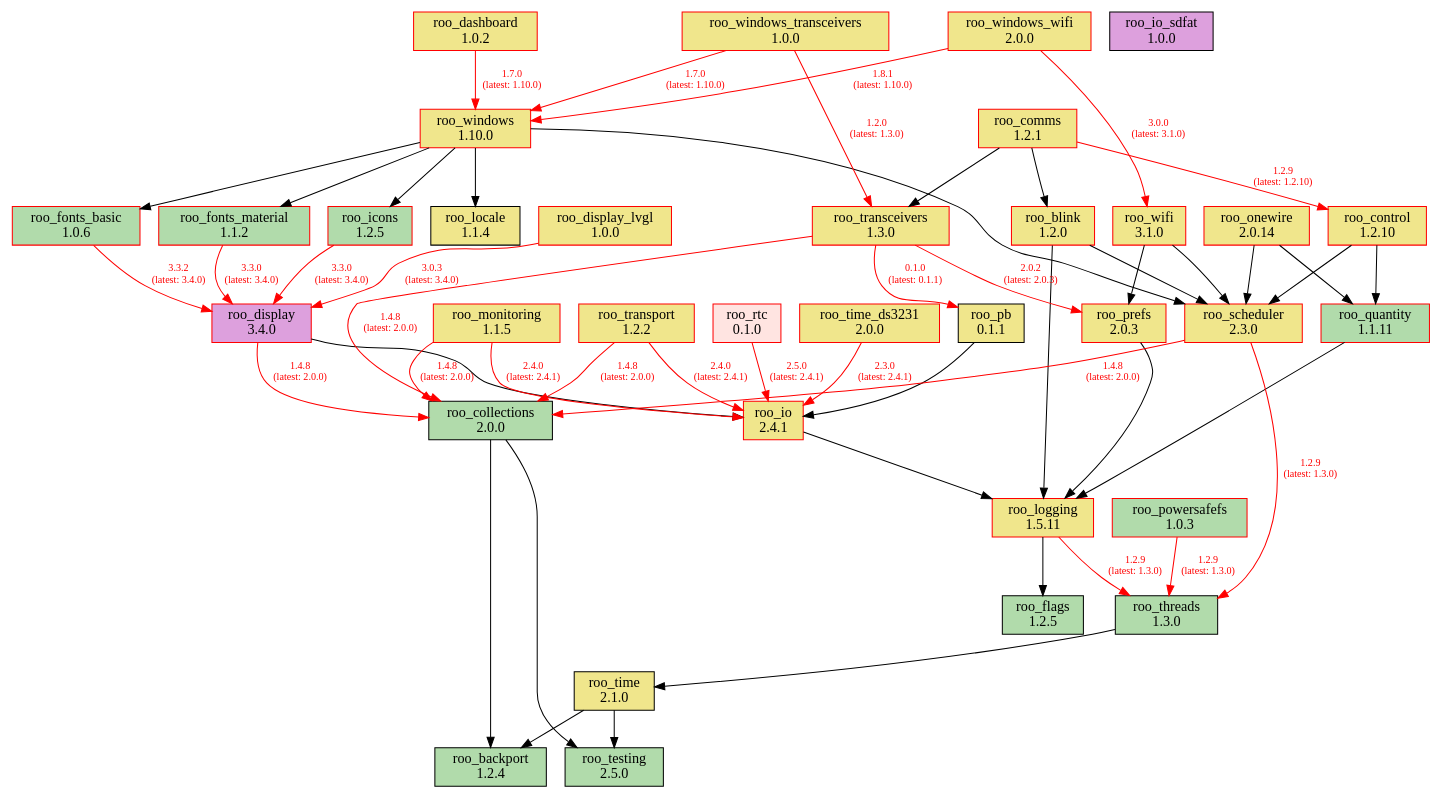
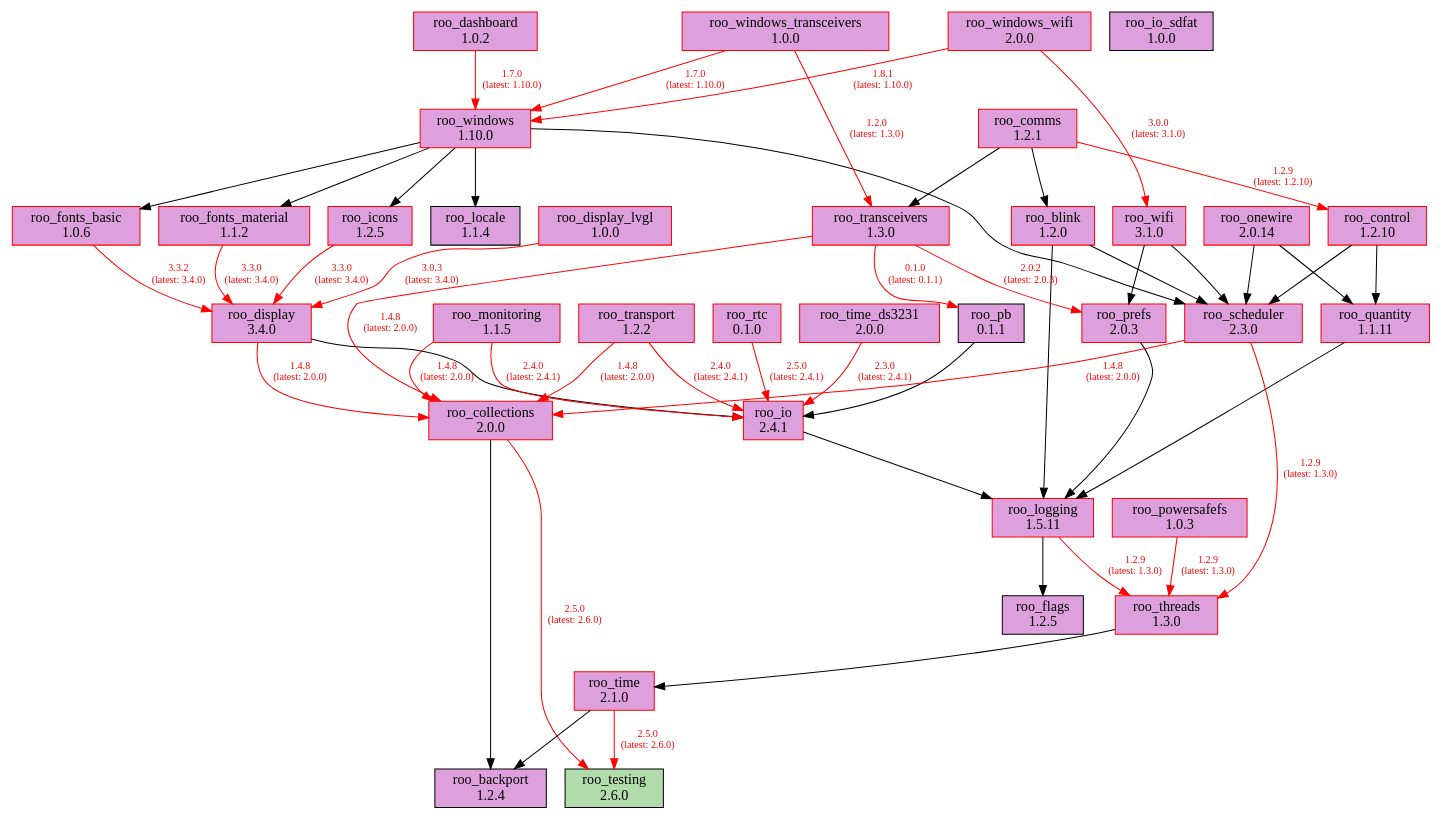
One commit to dejwk/roo-registry changed the diagram in doc/dependencies.dot. Above: the diagram before and after it, drawn with Graphviz. The commit also changed 3 other files, not shown here.

Commit message:
Added roo_testing 2.6.0 to the registry.

```diff
--- a/doc/dependencies.dot
+++ b/doc/dependencies.dot
@@ -1,93 +1,93 @@
 digraph dependencies {
     rankdir=TB;
     node [shape=box, style=filled];
     edge [fontsize=10];
 
     // Modules
-    "roo_backport" [label="roo_backport\n1.2.4", fillcolor="#b1dbab", color="black"];
-    "roo_blink" [label="roo_blink\n1.2.0", fillcolor="khaki", color="red"];
-    "roo_collections" [label="roo_collections\n2.0.0", fillcolor="#b1dbab", color="black"];
-    "roo_comms" [label="roo_comms\n1.2.1", fillcolor="khaki", color="red"];
-    "roo_control" [label="roo_control\n1.2.10", fillcolor="khaki", color="red"];
-    "roo_dashboard" [label="roo_dashboard\n1.0.2", fillcolor="khaki", color="red"];
+    "roo_backport" [label="roo_backport\n1.2.4", fillcolor="plum", color="black"];
+    "roo_blink" [label="roo_blink\n1.2.0", fillcolor="plum", color="red"];
+    "roo_collections" [label="roo_collections\n2.0.0", fillcolor="plum", color="red"];
+    "roo_comms" [label="roo_comms\n1.2.1", fillcolor="plum", color="red"];
+    "roo_control" [label="roo_control\n1.2.10", fillcolor="plum", color="red"];
+    "roo_dashboard" [label="roo_dashboard\n1.0.2", fillcolor="plum", color="red"];
     "roo_display" [label="roo_display\n3.4.0", fillcolor="plum", color="red"];
-    "roo_display_lvgl" [label="roo_display_lvgl\n1.0.0", fillcolor="khaki", color="red"];
-    "roo_flags" [label="roo_flags\n1.2.5", fillcolor="#b1dbab", color="black"];
-    "roo_fonts_basic" [label="roo_fonts_basic\n1.0.6", fillcolor="#b1dbab", color="red"];
-    "roo_fonts_material" [label="roo_fonts_material\n1.1.2", fillcolor="#b1dbab", color="red"];
-    "roo_icons" [label="roo_icons\n1.2.5", fillcolor="#b1dbab", color="red"];
-    "roo_io" [label="roo_io\n2.4.1", fillcolor="khaki", color="red"];
+    "roo_display_lvgl" [label="roo_display_lvgl\n1.0.0", fillcolor="plum", color="red"];
+    "roo_flags" [label="roo_flags\n1.2.5", fillcolor="plum", color="black"];
+    "roo_fonts_basic" [label="roo_fonts_basic\n1.0.6", fillcolor="plum", color="red"];
+    "roo_fonts_material" [label="roo_fonts_material\n1.1.2", fillcolor="plum", color="red"];
+    "roo_icons" [label="roo_icons\n1.2.5", fillcolor="plum", color="red"];
+    "roo_io" [label="roo_io\n2.4.1", fillcolor="plum", color="red"];
     "roo_io_sdfat" [label="roo_io_sdfat\n1.0.0", fillcolor="plum", color="black"];
-    "roo_locale" [label="roo_locale\n1.1.4", fillcolor="khaki", color="black"];
-    "roo_logging" [label="roo_logging\n1.5.11", fillcolor="khaki", color="red"];
-    "roo_monitoring" [label="roo_monitoring\n1.1.5", fillcolor="khaki", color="red"];
-    "roo_onewire" [label="roo_onewire\n2.0.14", fillcolor="khaki", color="red"];
-    "roo_pb" [label="roo_pb\n0.1.1", fillcolor="khaki", color="black"];
-    "roo_powersafefs" [label="roo_powersafefs\n1.0.3", fillcolor="#b1dbab", color="red"];
-    "roo_prefs" [label="roo_prefs\n2.0.3", fillcolor="khaki", color="red"];
-    "roo_quantity" [label="roo_quantity\n1.1.11", fillcolor="#b1dbab", color="red"];
-    "roo_rtc" [label="roo_rtc\n0.1.0", fillcolor="mistyrose", color="red"];
-    "roo_scheduler" [label="roo_scheduler\n2.3.0", fillcolor="khaki", color="red"];
-    "roo_testing" [label="roo_testing\n2.5.0", fillcolor="#b1dbab", color="black"];
-    "roo_threads" [label="roo_threads\n1.3.0", fillcolor="#b1dbab", color="black"];
-    "roo_time" [label="roo_time\n2.1.0", fillcolor="khaki", color="black"];
-    "roo_time_ds3231" [label="roo_time_ds3231\n2.0.0", fillcolor="khaki", color="red"];
-    "roo_transceivers" [label="roo_transceivers\n1.3.0", fillcolor="khaki", color="red"];
-    "roo_transport" [label="roo_transport\n1.2.2", fillcolor="khaki", color="red"];
-    "roo_wifi" [label="roo_wifi\n3.1.0", fillcolor="khaki", color="red"];
-    "roo_windows" [label="roo_windows\n1.10.0", fillcolor="khaki", color="red"];
-    "roo_windows_transceivers" [label="roo_windows_transceivers\n1.0.0", fillcolor="khaki", color="red"];
-    "roo_windows_wifi" [label="roo_windows_wifi\n2.0.0", fillcolor="khaki", color="red"];
+    "roo_locale" [label="roo_locale\n1.1.4", fillcolor="plum", color="black"];
+    "roo_logging" [label="roo_logging\n1.5.11", fillcolor="plum", color="red"];
+    "roo_monitoring" [label="roo_monitoring\n1.1.5", fillcolor="plum", color="red"];
+    "roo_onewire" [label="roo_onewire\n2.0.14", fillcolor="plum", color="red"];
+    "roo_pb" [label="roo_pb\n0.1.1", fillcolor="plum", color="black"];
+    "roo_powersafefs" [label="roo_powersafefs\n1.0.3", fillcolor="plum", color="red"];
+    "roo_prefs" [label="roo_prefs\n2.0.3", fillcolor="plum", color="red"];
+    "roo_quantity" [label="roo_quantity\n1.1.11", fillcolor="plum", color="red"];
+    "roo_rtc" [label="roo_rtc\n0.1.0", fillcolor="plum", color="red"];
+    "roo_scheduler" [label="roo_scheduler\n2.3.0", fillcolor="plum", color="red"];
+    "roo_testing" [label="roo_testing\n2.6.0", fillcolor="#b1dbab", color="black"];
+    "roo_threads" [label="roo_threads\n1.3.0", fillcolor="plum", color="red"];
+    "roo_time" [label="roo_time\n2.1.0", fillcolor="plum", color="red"];
+    "roo_time_ds3231" [label="roo_time_ds3231\n2.0.0", fillcolor="plum", color="red"];
+    "roo_transceivers" [label="roo_transceivers\n1.3.0", fillcolor="plum", color="red"];
+    "roo_transport" [label="roo_transport\n1.2.2", fillcolor="plum", color="red"];
+    "roo_wifi" [label="roo_wifi\n3.1.0", fillcolor="plum", color="red"];
+    "roo_windows" [label="roo_windows\n1.10.0", fillcolor="plum", color="red"];
+    "roo_windows_transceivers" [label="roo_windows_transceivers\n1.0.0", fillcolor="plum", color="red"];
+    "roo_windows_wifi" [label="roo_windows_wifi\n2.0.0", fillcolor="plum", color="red"];
 
     // Dependencies
     "roo_blink" -> "roo_logging";
     "roo_blink" -> "roo_scheduler";
-    "roo_collections" -> "roo_testing";
+    "roo_collections" -> "roo_testing" [color=red, fontcolor=red, label="2.5.0\n(latest: 2.6.0)"];
     "roo_collections" -> "roo_backport";
     "roo_comms" -> "roo_blink";
     "roo_comms" -> "roo_control" [color=red, fontcolor=red, label="1.2.9\n(latest: 1.2.10)"];
     "roo_comms" -> "roo_transceivers";
     "roo_control" -> "roo_quantity";
     "roo_control" -> "roo_scheduler";
     "roo_dashboard" -> "roo_windows" [color=red, fontcolor=red, label="1.7.0\n(latest: 1.10.0)"];
     "roo_display" -> "roo_collections" [color=red, fontcolor=red, label="1.4.8\n(latest: 2.0.0)"];
     "roo_display" -> "roo_io";
     "roo_display_lvgl" -> "roo_display" [color=red, fontcolor=red, label="3.0.3\n(latest: 3.4.0)"];
     "roo_fonts_basic" -> "roo_display" [color=red, fontcolor=red, label="3.3.2\n(latest: 3.4.0)"];
     "roo_fonts_material" -> "roo_display" [color=red, fontcolor=red, label="3.3.0\n(latest: 3.4.0)"];
     "roo_icons" -> "roo_display" [color=red, fontcolor=red, label="3.3.0\n(latest: 3.4.0)"];
     "roo_io" -> "roo_logging";
     "roo_logging" -> "roo_flags";
     "roo_logging" -> "roo_threads" [color=red, fontcolor=red, label="1.2.9\n(latest: 1.3.0)"];
     "roo_monitoring" -> "roo_collections" [color=red, fontcolor=red, label="1.4.8\n(latest: 2.0.0)"];
     "roo_monitoring" -> "roo_io" [color=red, fontcolor=red, label="2.4.0\n(latest: 2.4.1)"];
     "roo_onewire" -> "roo_scheduler";
     "roo_onewire" -> "roo_quantity";
     "roo_pb" -> "roo_io";
     "roo_powersafefs" -> "roo_threads" [color=red, fontcolor=red, label="1.2.9\n(latest: 1.3.0)"];
     "roo_prefs" -> "roo_logging";
     "roo_quantity" -> "roo_logging";
     "roo_rtc" -> "roo_io" [color=red, fontcolor=red, label="2.5.0\n(latest: 2.4.1)"];
     "roo_scheduler" -> "roo_collections" [color=red, fontcolor=red, label="1.4.8\n(latest: 2.0.0)"];
     "roo_scheduler" -> "roo_threads" [color=red, fontcolor=red, label="1.2.9\n(latest: 1.3.0)"];
     "roo_threads" -> "roo_time";
-    "roo_time" -> "roo_testing";
+    "roo_time" -> "roo_testing" [color=red, fontcolor=red, label="2.5.0\n(latest: 2.6.0)"];
     "roo_time" -> "roo_backport";
     "roo_time_ds3231" -> "roo_io" [color=red, fontcolor=red, label="2.3.0\n(latest: 2.4.1)"];
     "roo_transceivers" -> "roo_pb" [color=red, fontcolor=red, label="0.1.0\n(latest: 0.1.1)"];
     "roo_transceivers" -> "roo_collections" [color=red, fontcolor=red, label="1.4.8\n(latest: 2.0.0)"];
     "roo_transceivers" -> "roo_prefs" [color=red, fontcolor=red, label="2.0.2\n(latest: 2.0.3)"];
     "roo_transport" -> "roo_collections" [color=red, fontcolor=red, label="1.4.8\n(latest: 2.0.0)"];
     "roo_transport" -> "roo_io" [color=red, fontcolor=red, label="2.4.0\n(latest: 2.4.1)"];
     "roo_wifi" -> "roo_prefs";
     "roo_wifi" -> "roo_scheduler";
     "roo_windows" -> "roo_fonts_basic";
     "roo_windows" -> "roo_fonts_material";
     "roo_windows" -> "roo_locale";
     "roo_windows" -> "roo_icons";
     "roo_windows" -> "roo_scheduler";
     "roo_windows_transceivers" -> "roo_transceivers" [color=red, fontcolor=red, label="1.2.0\n(latest: 1.3.0)"];
     "roo_windows_transceivers" -> "roo_windows" [color=red, fontcolor=red, label="1.7.0\n(latest: 1.10.0)"];
     "roo_windows_wifi" -> "roo_wifi" [color=red, fontcolor=red, label="3.0.0\n(latest: 3.1.0)"];
     "roo_windows_wifi" -> "roo_windows" [color=red, fontcolor=red, label="1.8.1\n(latest: 1.10.0)"];
 }
```
